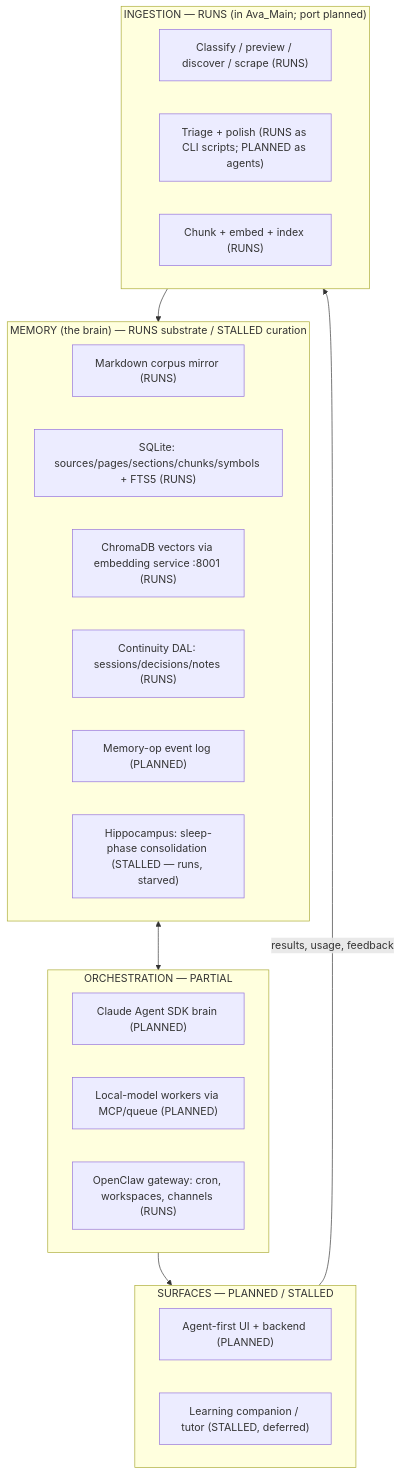
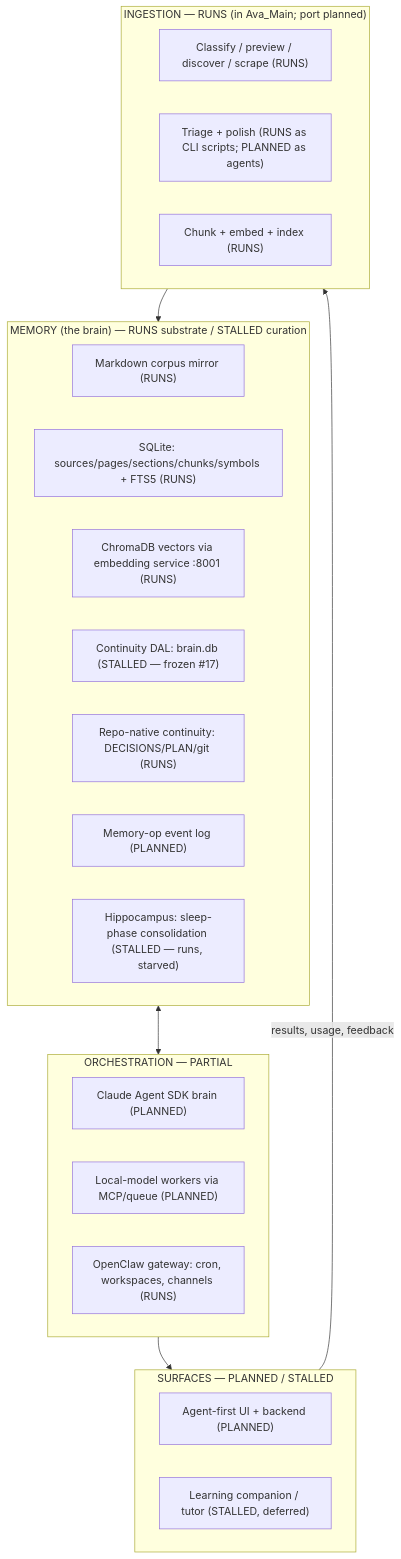
One commit to Kadenvh/cheatSheets changed the diagram in SPEC.md. Above: the diagram before and after it, drawn with Mermaid. The commit also changed other lines of this file, not shown here.

First line of the commit message:
docs(spec): correct status tags outrun by this session's decisions

````diff
--- a/SPEC.md
+++ b/SPEC.md
@@ -41,29 +41,30 @@
 ```mermaid
 flowchart TB
     subgraph S["SURFACES — PLANNED / STALLED"]
         UI["Agent-first UI + backend (PLANNED)"]
         LC["Learning companion / tutor (STALLED, deferred)"]
     end
     subgraph O["ORCHESTRATION — PARTIAL"]
         BRAIN["Claude Agent SDK brain (PLANNED)"]
         WORK["Local-model workers via MCP/queue (PLANNED)"]
         OC["OpenClaw gateway: cron, workspaces, channels (RUNS)"]
     end
     subgraph M["MEMORY (the brain) — RUNS substrate / STALLED curation"]
         CORPUS["Markdown corpus mirror (RUNS)"]
         SQL["SQLite: sources/pages/sections/chunks/symbols + FTS5 (RUNS)"]
         VEC["ChromaDB vectors via embedding service :8001 (RUNS)"]
-        DAL["Continuity DAL: sessions/decisions/notes (RUNS)"]
+        DAL["Continuity DAL: brain.db (STALLED — frozen #17)"]
+        REPO["Repo-native continuity: DECISIONS/PLAN/git (RUNS)"]
         LOG["Memory-op event log (PLANNED)"]
         HIPPO["Hippocampus: sleep-phase consolidation (STALLED — runs, starved)"]
     end
     subgraph I["INGESTION — RUNS (in Ava_Main; port planned)"]
         CRAWL["Classify / preview / discover / scrape (RUNS)"]
         TRIAGE["Triage + polish (RUNS as CLI scripts; PLANNED as agents)"]
         EMBED["Chunk + embed + index (RUNS)"]
     end
     I --> M
     M <--> O
     O --> S
     S -->|"results, usage, feedback"| I
 ```
````
